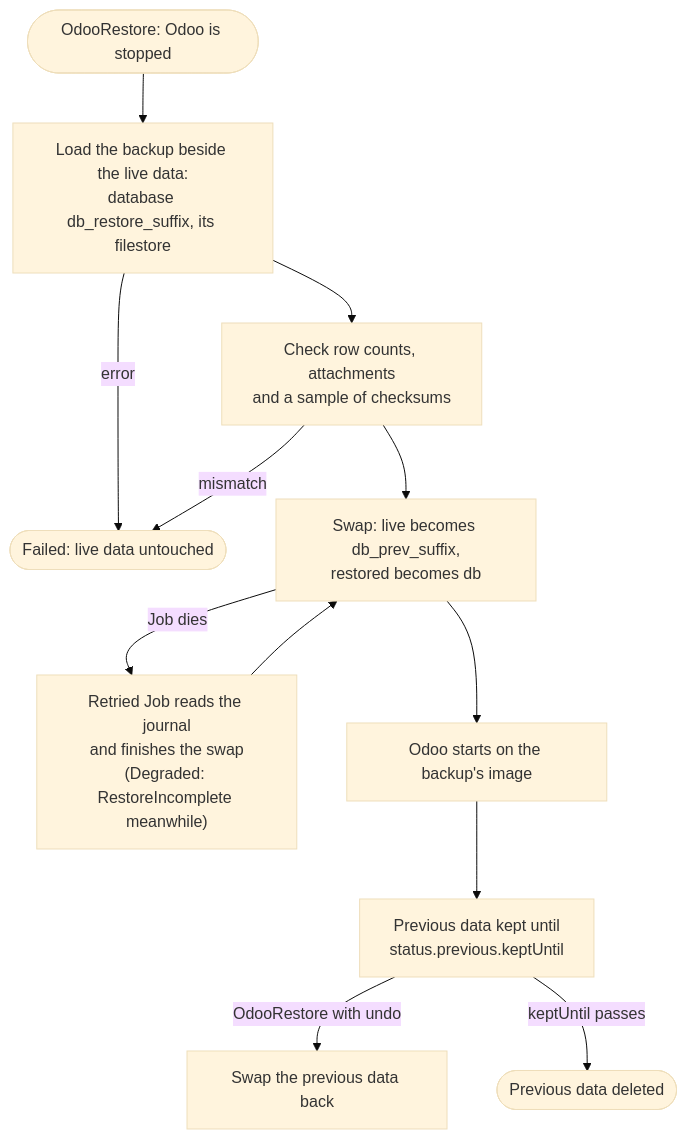
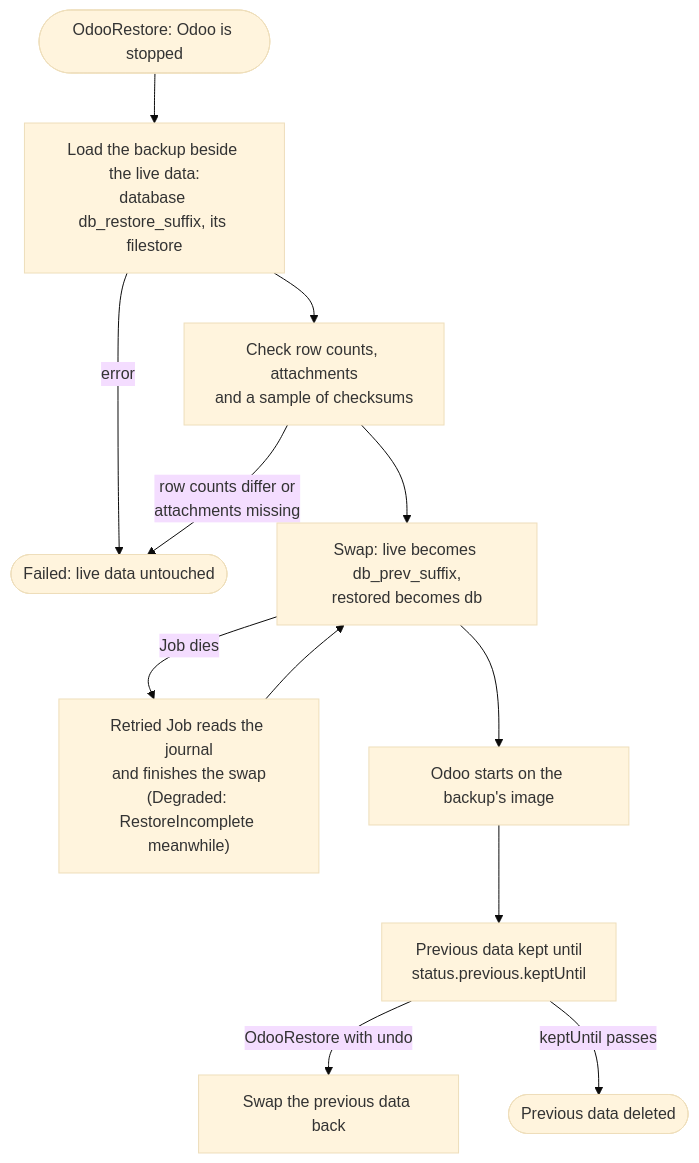
One commit to MohanadAbugharbia/odoo-operator changed the diagram in docs/guides/restore.md. Above: the diagram before and after it, drawn with Mermaid (base theme). The commit also changed other lines of this file and 13 other files, not shown here.

````diff
--- a/docs/guides/restore.md
+++ b/docs/guides/restore.md
@@ -36,14 +60,14 @@
 ```mermaid
 flowchart TD
   start([OdooRestore: Odoo is stopped]) --> load["Load the backup beside the live data:<br/>database db_restore_suffix, its filestore"]
   load --> check[Check row counts, attachments<br/>and a sample of checksums]
   load -->|error| failed([Failed: live data untouched])
-  check -->|mismatch| failed
+  check -->|row counts differ or<br/>attachments missing| failed
   check --> swap["Swap: live becomes db_prev_suffix,<br/>restored becomes db"]
   swap -->|Job dies| retry["Retried Job reads the journal<br/>and finishes the swap<br/>(Degraded: RestoreIncomplete meanwhile)"]
   retry --> swap
   swap --> run[Odoo starts on the backup's image]
   run --> kept["Previous data kept until<br/>status.previous.keptUntil"]
   kept -->|OdooRestore with undo| undo[Swap the previous data back]
   kept -->|keptUntil passes| gone([Previous data deleted])
 ```
````
